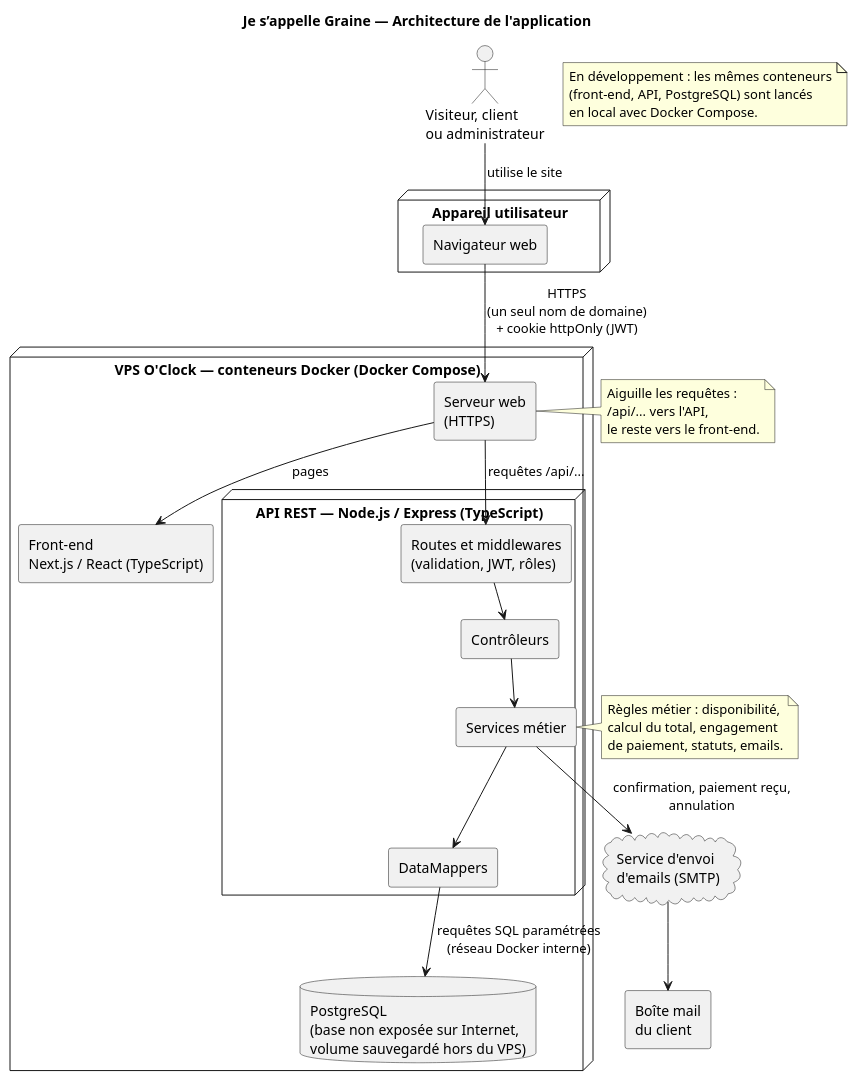
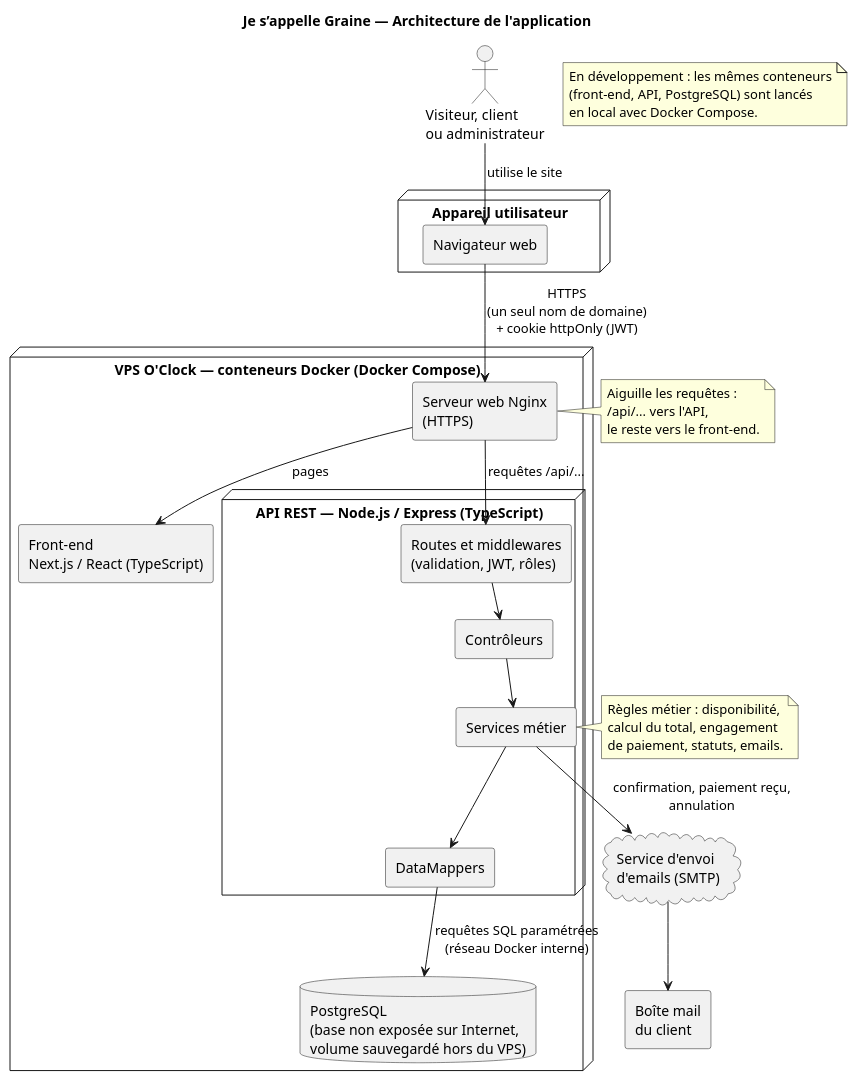
One commit to DimitryDereppe/je-s-appelle-graine changed the diagram in docs/conception/diagrammes/01b-diagramme-architecture.puml. Above: the diagram before and after it, drawn with PlantUML. The commit also changed 5 other files, not shown here.

```diff
--- a/docs/conception/diagrammes/01b-diagramme-architecture.puml
+++ b/docs/conception/diagrammes/01b-diagramme-architecture.puml
@@ -1,54 +1,54 @@
 @startuml 01b-diagramme-architecture
 !pragma layout smetana
 title Je s’appelle Graine — Architecture de l'application
 
 actor "Visiteur, client\nou administrateur" as user
 
 node "Appareil utilisateur" {
   rectangle "Navigateur web" as browser
 }
 
 node "VPS O'Clock — conteneurs Docker (Docker Compose)" as vps {
-  rectangle "Serveur web\n(HTTPS)" as web
+  rectangle "Serveur web Nginx\n(HTTPS)" as web
   rectangle "Front-end\nNext.js / React (TypeScript)" as front
   node "API REST — Node.js / Express (TypeScript)" as api {
     rectangle "Routes et middlewares\n(validation, JWT, rôles)" as routes
     rectangle "Contrôleurs" as ctrl
     rectangle "Services métier" as services
     rectangle "DataMappers" as mappers
   }
   database "PostgreSQL\n(base non exposée sur Internet,\nvolume sauvegardé hors du VPS)" as db
 }
 
 cloud "Service d'envoi\nd'emails (SMTP)" as smtp
 rectangle "Boîte mail\ndu client" as mailbox
 
 user --> browser : utilise le site
 browser --> web : HTTPS\n(un seul nom de domaine)\n+ cookie httpOnly (JWT)
 web --> front : pages
 web --> routes : requêtes /api/...
 routes --> ctrl
 ctrl --> services
 services --> mappers
 mappers --> db : requêtes SQL paramétrées\n(réseau Docker interne)
 services --> smtp : confirmation, paiement reçu,\nannulation
 smtp --> mailbox
 
 note right of web
   Aiguille les requêtes :
   /api/... vers l'API,
   le reste vers le front-end.
 end note
 
 note right of services
   Règles métier : disponibilité,
   calcul du total, engagement
   de paiement, statuts, emails.
 end note
 
 note as dev
   En développement : les mêmes conteneurs
   (front-end, API, PostgreSQL) sont lancés
   en local avec Docker Compose.
 end note
 @enduml
```
